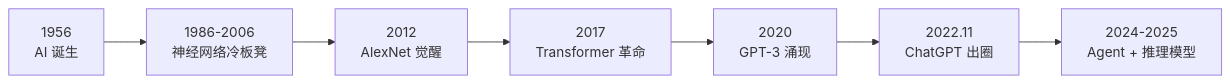
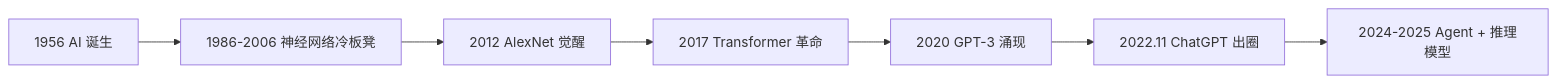
One commit to fuzhengwei/CodeGuide changed the ninth of 32 diagrams in docs/md/ai/ai-llm.md. Above: the diagram before and after it, drawn with Mermaid. The commit also changed other lines of this file, not shown here.

````diff
--- a/docs/md/ai/ai-llm.md
+++ b/docs/md/ai/ai-llm.md
@@ -221,9 +221,9 @@
 ```mermaid
 graph LR
-    A["1956<br/>AI 诞生"] --> B["1986-2006<br/>神经网络冷板凳"]
-    B --> C["2012<br/>AlexNet 觉醒"]
-    C --> D["2017<br/>Transformer 革命"]
-    D --> E["2020<br/>GPT-3 涌现"]
-    E --> F["2022.11<br/>ChatGPT 出圈"]
-    F --> G["2024-2025<br/>Agent + 推理模型"]
+    A["1956 AI 诞生"] --> B["1986-2006 神经网络冷板凳"]
+    B --> C["2012 AlexNet 觉醒"]
+    C --> D["2017 Transformer 革命"]
+    D --> E["2020 GPT-3 涌现"]
+    E --> F["2022.11 ChatGPT 出圈"]
+    F --> G["2024-2025 Agent + 推理模型"]
 ```
````
